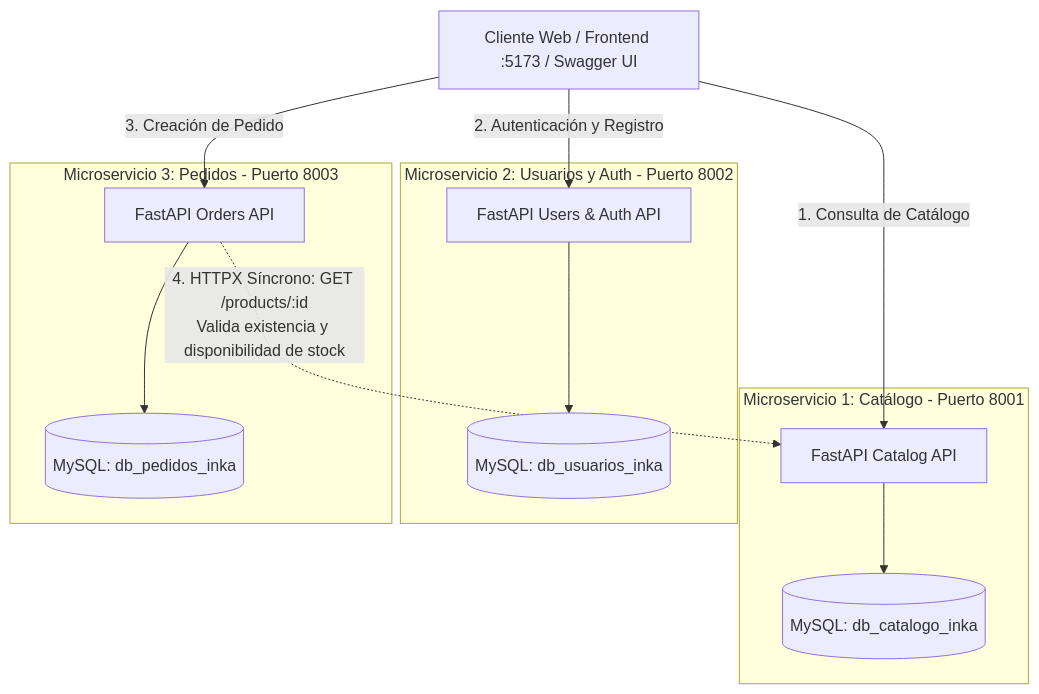
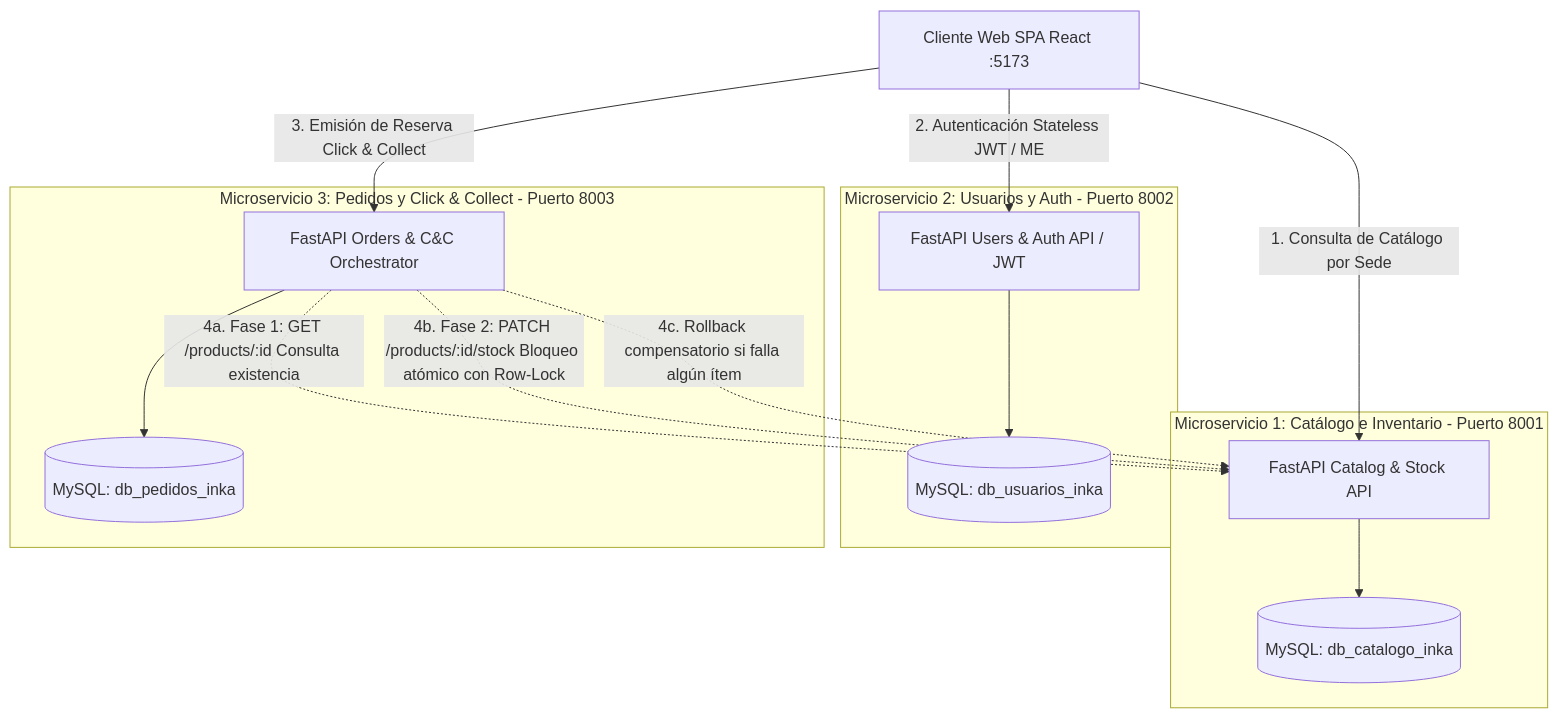
The diagram in README.md (dannyolivera/app_microservicios), drawn with Mermaid before and after one commit. The commit also changed other lines of this file and 18 other files, not shown here.

Commit message:
feat: implement microservices architecture with FastAPI backend services and React frontend UI

````diff
--- a/README.md
+++ b/README.md
@@ -12,28 +13,30 @@
 ```mermaid
 graph TD
-    Client[Cliente Web / Frontend :5173 / Swagger UI]
+    Client[Cliente Web SPA React :5173]
 
-    subgraph Service1[Microservicio 1: Catálogo - Puerto 8001]
-        CatApp[FastAPI Catalog API]
+    subgraph Service1[Microservicio 1: Catálogo e Inventario - Puerto 8001]
+        CatApp[FastAPI Catalog & Stock API]
         DBCat[(MySQL: db_catalogo_inka)]
         CatApp --> DBCat
     end
 
     subgraph Service2[Microservicio 2: Usuarios y Auth - Puerto 8002]
-        UserApp[FastAPI Users & Auth API]
+        UserApp[FastAPI Users & Auth API / JWT]
         DBUser[(MySQL: db_usuarios_inka)]
         UserApp --> DBUser
     end
 
-    subgraph Service3[Microservicio 3: Pedidos - Puerto 8003]
-        OrderApp[FastAPI Orders API]
+    subgraph Service3[Microservicio 3: Pedidos y Click & Collect - Puerto 8003]
+        OrderApp[FastAPI Orders & C&C Orchestrator]
         DBOrder[(MySQL: db_pedidos_inka)]
         OrderApp --> DBOrder
     end
 
-    Client -->|1. Consulta de Catálogo| CatApp
-    Client -->|2. Autenticación y Registro| UserApp
-    Client -->|3. Creación de Pedido| OrderApp
+    Client -->|1. Consulta de Catálogo por Sede| CatApp
+    Client -->|2. Autenticación Stateless JWT / ME| UserApp
+    Client -->|3. Emisión de Reserva Click & Collect| OrderApp
 
-    OrderApp -.->|4. HTTPX Síncrono: GET /products/:id<br/>Valida existencia y disponibilidad de stock| CatApp
+    OrderApp -.->|4a. Fase 1: GET /products/:id Consulta existencia| CatApp
+    OrderApp -.->|4b. Fase 2: PATCH /products/:id/stock Bloqueo atómico con Row-Lock| CatApp
+    OrderApp -.->|4c. Rollback compensatorio si falla algún ítem| CatApp
 ```
````
